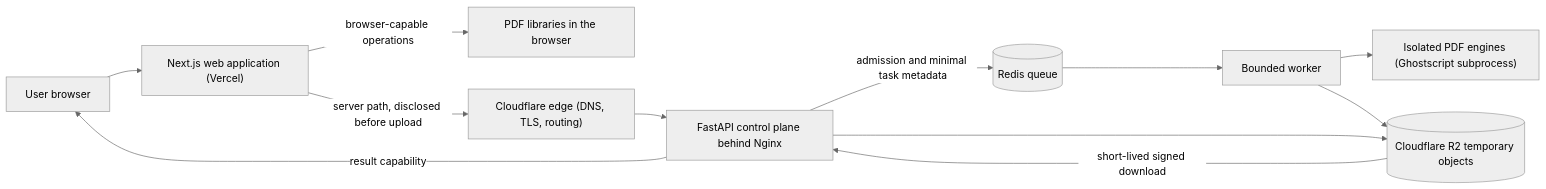
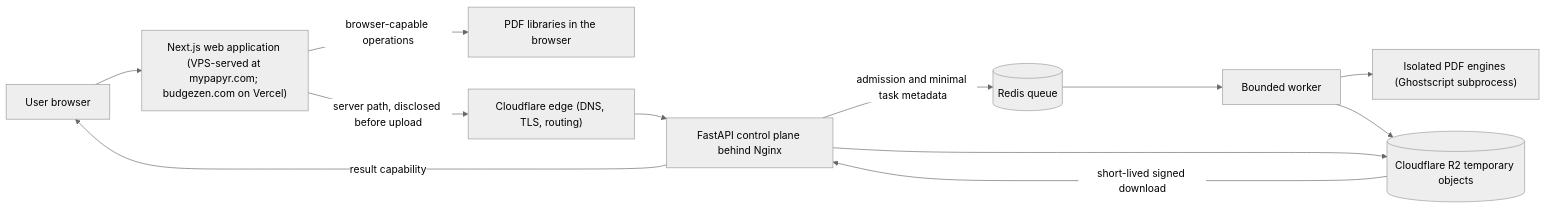
One commit to fazulfi/mypapyr changed the diagram in README.md. Above: the diagram before and after it, drawn with Mermaid (neutral theme). The commit also changed other lines of this file and 64 other files, not shown here.

````diff
--- a/README.md
+++ b/README.md
@@ -94,14 +95,14 @@
 ```mermaid
 flowchart LR
-    U["User browser"] --> W["Next.js web application (Vercel)"]
+    U["User browser"] --> W["Next.js web application (VPS-served at mypapyr.com; budgezen.com on Vercel)"]
     W -->|"browser-capable operations"| B["PDF libraries in the browser"]
     W -->|"server path, disclosed before upload"| E["Cloudflare edge (DNS, TLS, routing)"]
     E --> A["FastAPI control plane behind Nginx"]
     A -->|"admission and minimal task metadata"| Q[("Redis queue")]
     Q --> K["Bounded worker"]
     K --> G["Isolated PDF engines (Ghostscript subprocess)"]
     K --> R2[("Cloudflare R2 temporary objects")]
     A --> R2
     R2 -->|"short-lived signed download"| A
     A -->|"result capability"| U
 ```
````
